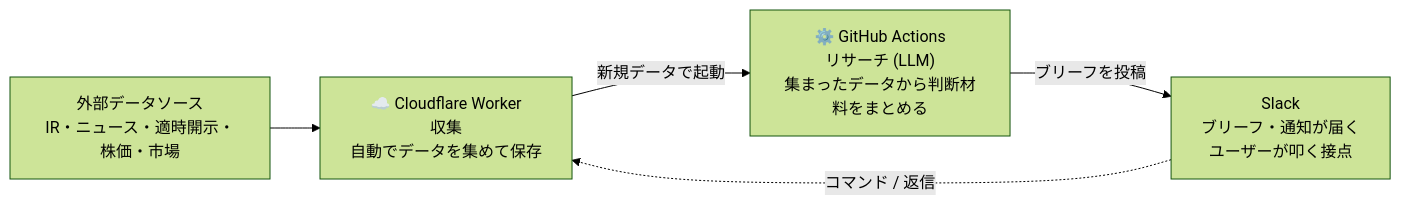
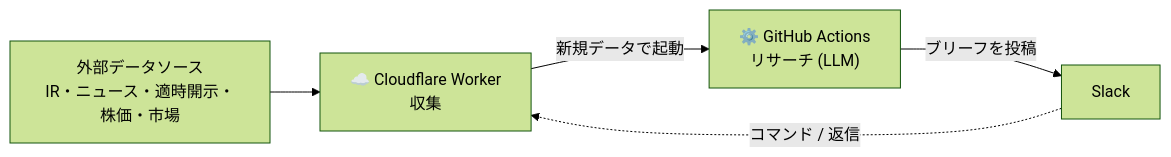
Before and after one commit to omni-stove/stock-signals: the diagram in README.md, drawn with Mermaid (forest theme). The commit also changed other lines of this file and 1 other file, not shown here.

````diff
--- a/README.md
+++ b/README.md
@@ -22,12 +20,12 @@
 ```mermaid
 flowchart LR
     EXT["外部データソース<br/>IR・ニュース・適時開示・株価・市場"]
-    CLOUD["☁️ Cloudflare Worker<br/>収集<br/>自動でデータを集めて保存"]
-    GHA["⚙️ GitHub Actions<br/>リサーチ (LLM)<br/>集まったデータから判断材料をまとめる"]
-    SLACK["Slack<br/>ブリーフ・通知が届く<br/>ユーザーが叩く接点"]
+    CLOUD["☁️ Cloudflare Worker<br/>収集"]
+    GHA["⚙️ GitHub Actions<br/>リサーチ (LLM)"]
+    SLACK["Slack"]
 
     EXT --> CLOUD
     CLOUD -->|新規データで起動| GHA
     GHA -->|ブリーフを投稿| SLACK
     SLACK -.->|コマンド / 返信| CLOUD
 ```
````
